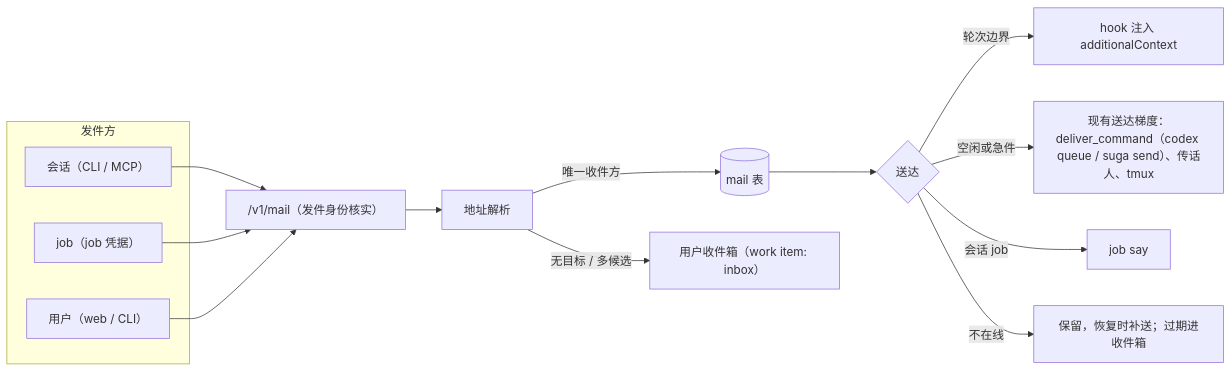
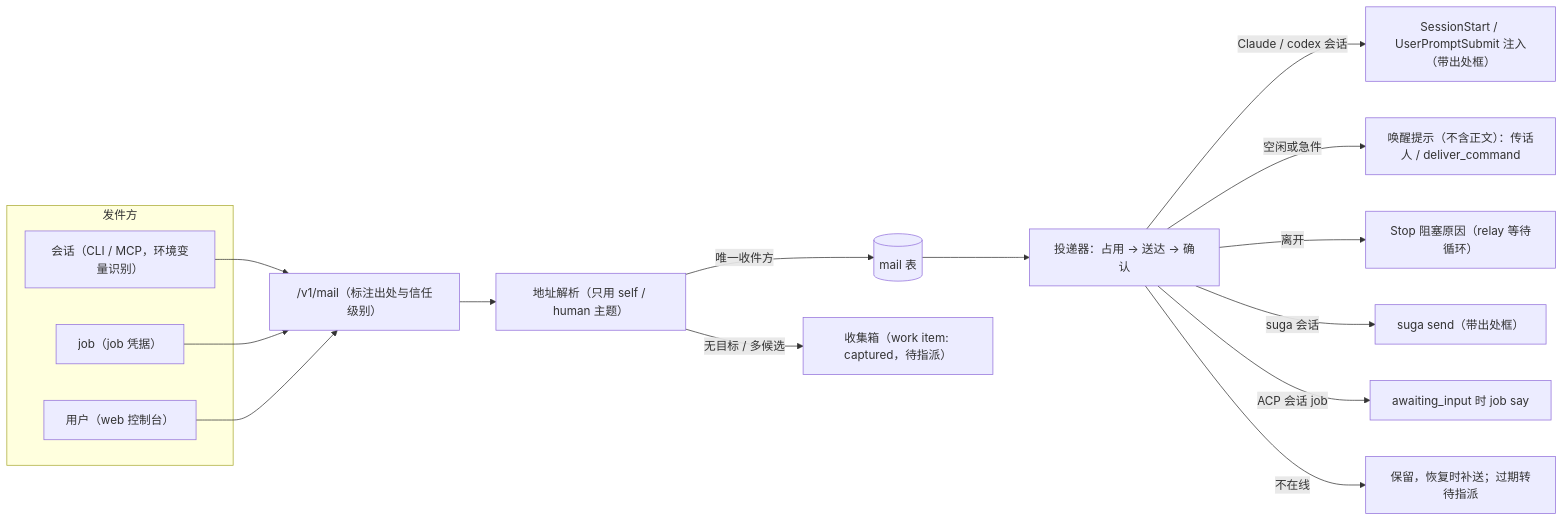
One commit to inhere/gofer changed the first of 3 diagrams in docs/design/2026-10-16-session-topics-mailbox-and-inbox-design.md. Above: the diagram before and after it, drawn with Mermaid. The commit also changed other lines of this file, not shown here.

Commit message:
docs(design): session topics and mailbox Draft 0.2 after the first review

````diff
--- a/docs/design/2026-10-16-session-topics-mailbox-and-inbox-design.md
+++ b/docs/design/2026-10-16-session-topics-mailbox-and-inbox-design.md
@@ -140,17 +170,19 @@
 ```mermaid
 flowchart LR
   subgraph 发件方
-    S1["会话（CLI / MCP）"]
+    S1["会话（CLI / MCP，环境变量识别）"]
     J1["job（job 凭据）"]
-    H["用户（web / CLI）"]
+    H["用户（web 控制台）"]
   end
-  S1 & J1 & H --> API["/v1/mail（发件身份核实）"]
-  API --> R["地址解析"]
+  S1 & J1 & H --> API["/v1/mail（标注出处与信任级别）"]
+  API --> R["地址解析（只用 self / human 主题）"]
   R -->|唯一收件方| Q[("mail 表")]
-  R -->|无目标 / 多候选| IB["用户收件箱（work item: inbox）"]
-  Q --> D{"送达"}
-  D -->|轮次边界| HK["hook 注入 additionalContext"]
-  D -->|空闲或急件| L["现有送达梯度：deliver_command（codex queue / suga send）、传话人、tmux"]
-  D -->|会话 job| JS["job say"]
-  D -->|不在线| W["保留，恢复时补送；过期进收件箱"]
+  R -->|无目标 / 多候选| CB["收集箱（work item: captured，待指派）"]
+  Q --> P["投递器：占用 → 送达 → 确认"]
+  P -->|Claude / codex 会话| HK["SessionStart / UserPromptSubmit 注入（带出处框）"]
+  P -->|空闲或急件| WK["唤醒提示（不含正文）：传话人 / deliver_command"]
+  P -->|离开| ST["Stop 阻塞原因（relay 等待循环）"]
+  P -->|suga 会话| SG["suga send（带出处框）"]
+  P -->|ACP 会话 job| JS["awaiting_input 时 job say"]
+  P -->|不在线| W["保留，恢复时补送；过期转待指派"]
 ```
````
